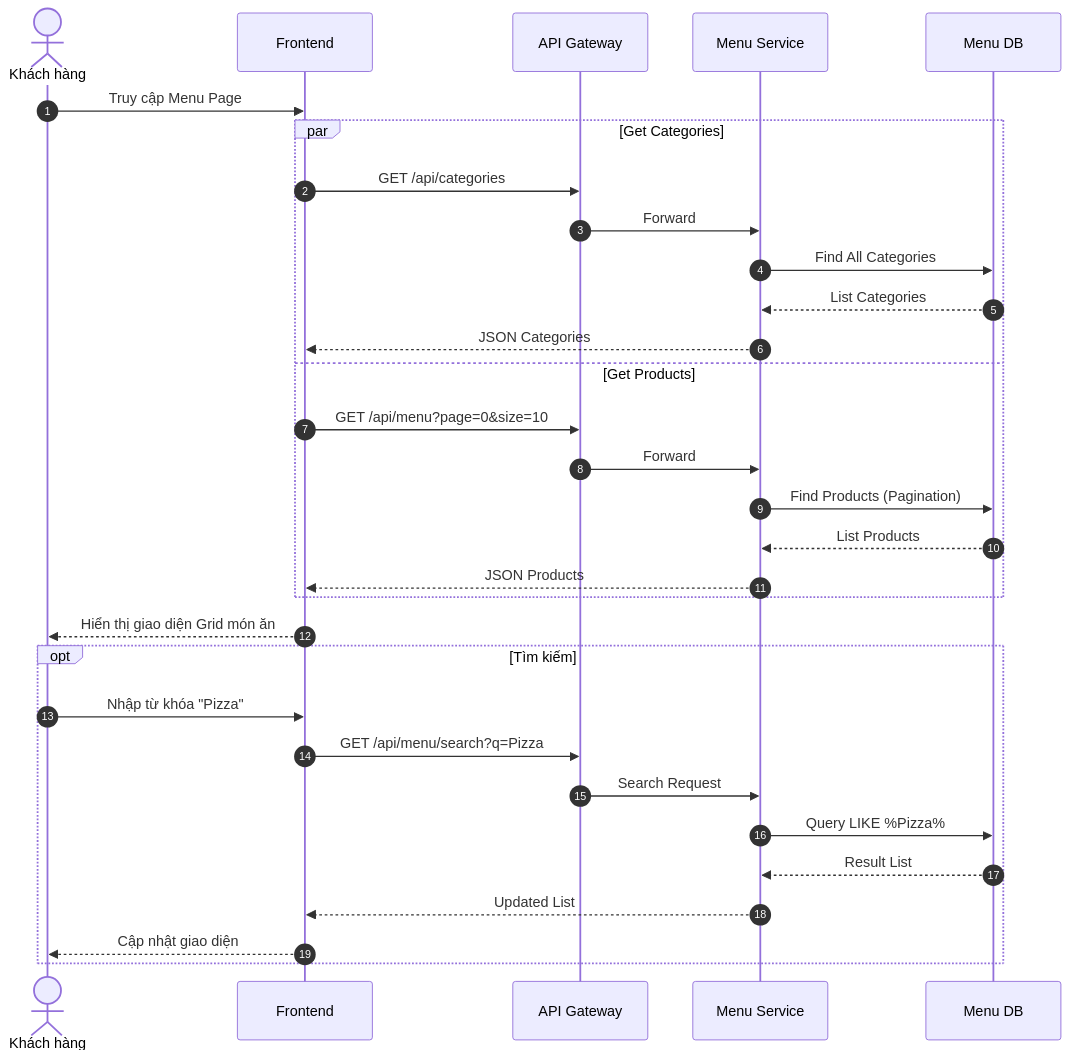
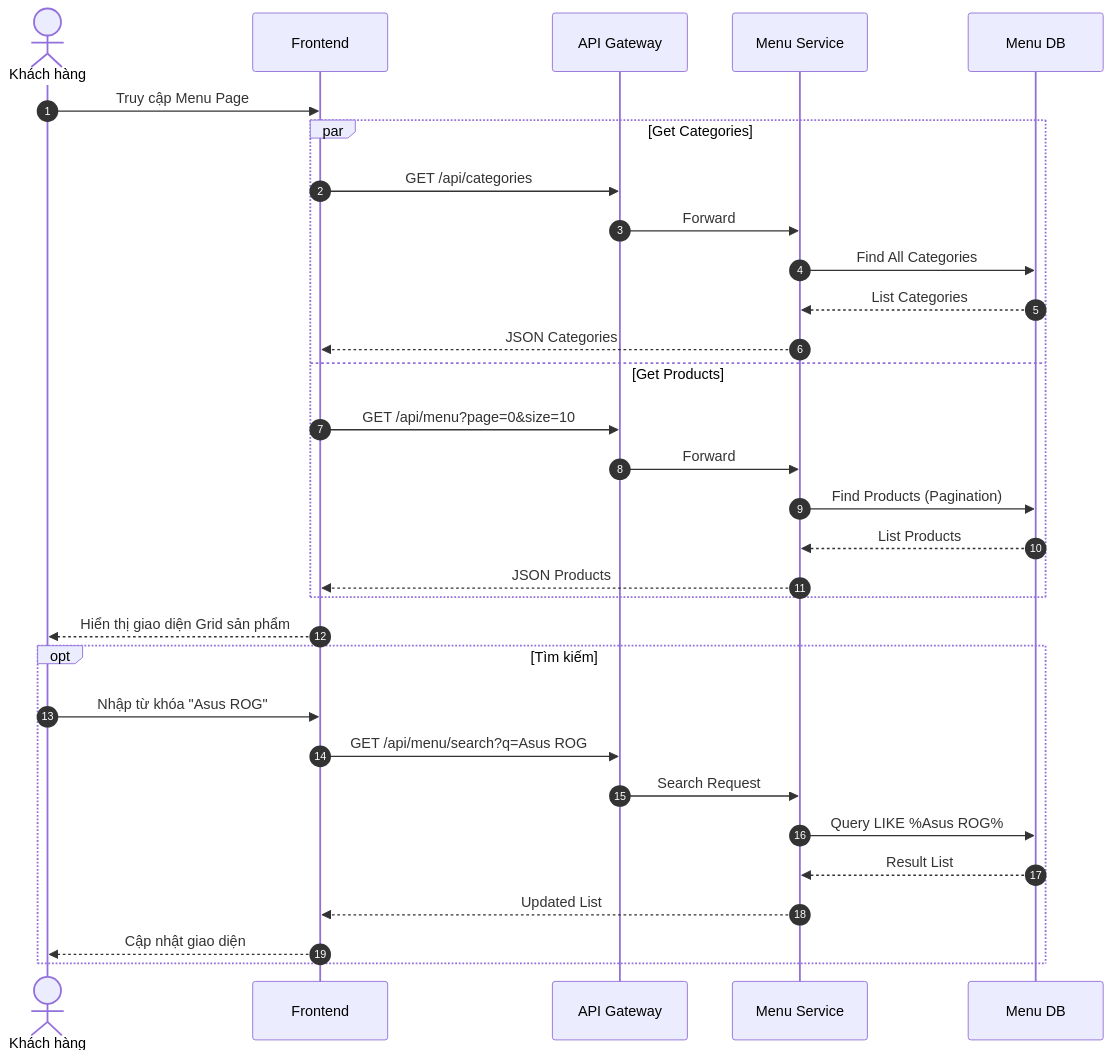
The third of 6 diagrams in MO_TA_CHI_TIET_CHUC_NANG.md (sonfithaui04-del/duongtech-ecommerce), drawn with Mermaid before and after one commit. The commit also changed other lines of this file and 26 other files, not shown here.

````diff
--- a/MO_TA_CHI_TIET_CHUC_NANG.md
+++ b/MO_TA_CHI_TIET_CHUC_NANG.md
@@ -175,35 +175,35 @@
 ```mermaid
 sequenceDiagram
     autonumber
     actor U as Khách hàng
     participant FE as Frontend
     participant GW as API Gateway
     participant Menu as Menu Service
     participant DB as Menu DB
 
     U->>FE: Truy cập Menu Page
     par Get Categories
         FE->>GW: GET /api/categories
         GW->>Menu: Forward
         Menu->>DB: Find All Categories
         DB-->>Menu: List Categories
         Menu-->>FE: JSON Categories
     and Get Products
         FE->>GW: GET /api/menu?page=0&size=10
         GW->>Menu: Forward
         Menu->>DB: Find Products (Pagination)
         DB-->>Menu: List Products
         Menu-->>FE: JSON Products
     end
-    FE-->>U: Hiển thị giao diện Grid món ăn
+    FE-->>U: Hiển thị giao diện Grid sản phẩm
     
     opt Tìm kiếm
-        U->>FE: Nhập từ khóa "Pizza"
-        FE->>GW: GET /api/menu/search?q=Pizza
+        U->>FE: Nhập từ khóa "Asus ROG"
+        FE->>GW: GET /api/menu/search?q=Asus ROG
         GW->>Menu: Search Request
-        Menu->>DB: Query LIKE %Pizza%
+        Menu->>DB: Query LIKE %Asus ROG%
         DB-->>Menu: Result List
         Menu-->>FE: Updated List
         FE-->>U: Cập nhật giao diện
     end
 ```
````
